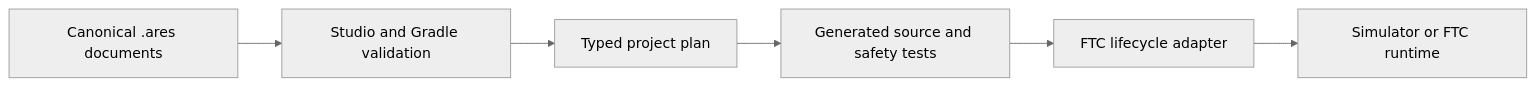
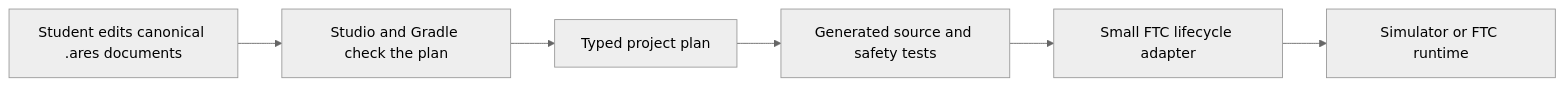
One commit to ARES-23247/ARESWEB changed the diagram in content/learning/ftc-starter/01-project-identity.md. Above: the diagram before and after it, drawn with Mermaid (neutral theme). The commit also changed other lines of this file and 22 other files, not shown here.

````diff
--- a/content/learning/ftc-starter/01-project-identity.md
+++ b/content/learning/ftc-starter/01-project-identity.md
@@ -35,9 +49,9 @@
 ```mermaid
-%% aria: A student edits canonical project, drivebase, tuning, controls, and subsystem documents. Studio and Gradle validate those documents, build a typed project plan, and generate source and safety tests. A small FTC lifecycle adapter connects the generated project to the FTC runtime.
+%% aria: A student edits canonical project documents. Studio and Gradle validate those documents, build a typed project plan, and generate source and safety tests. A small FTC lifecycle adapter connects the generated project to the simulator or FTC runtime.
 flowchart LR
-  A["Canonical .ares documents"] --> B["Studio and Gradle validation"]
+  A["Student edits canonical .ares documents"] --> B["Studio and Gradle check the plan"]
   B --> C["Typed project plan"]
   C --> D["Generated source and safety tests"]
-  D --> E["FTC lifecycle adapter"]
+  D --> E["Small FTC lifecycle adapter"]
   E --> F["Simulator or FTC runtime"]
 ```
````
